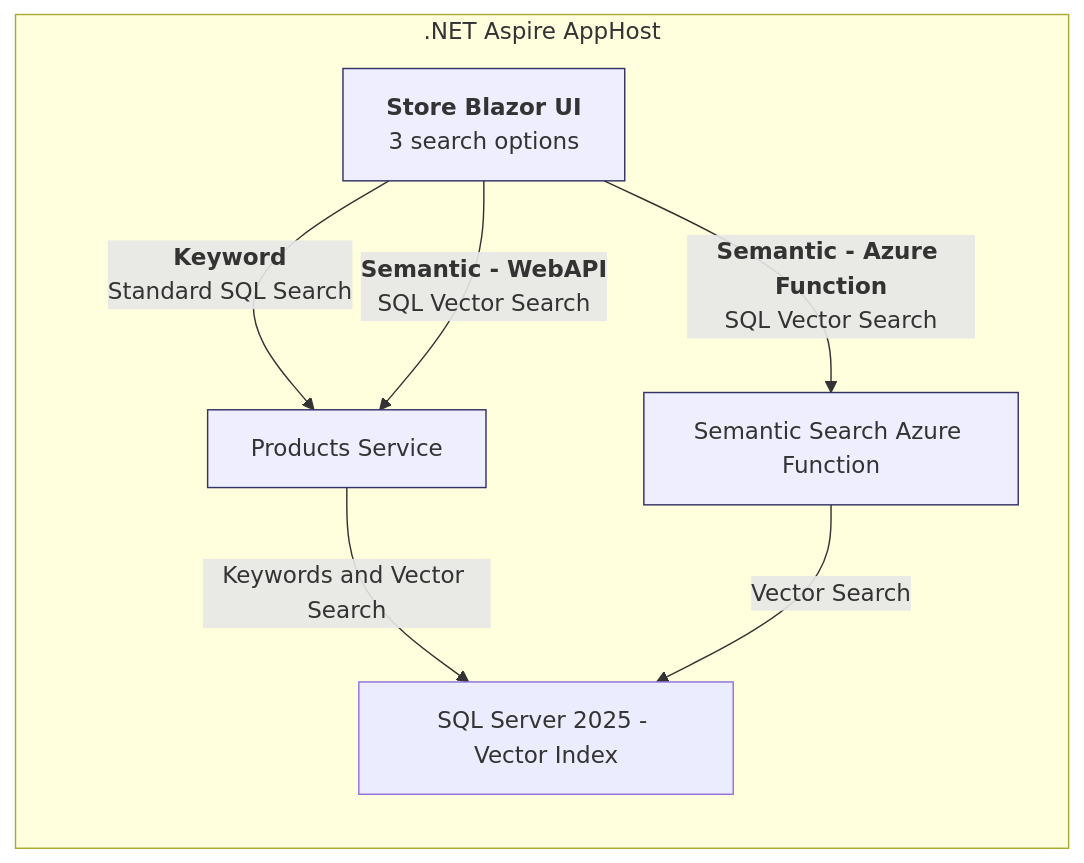
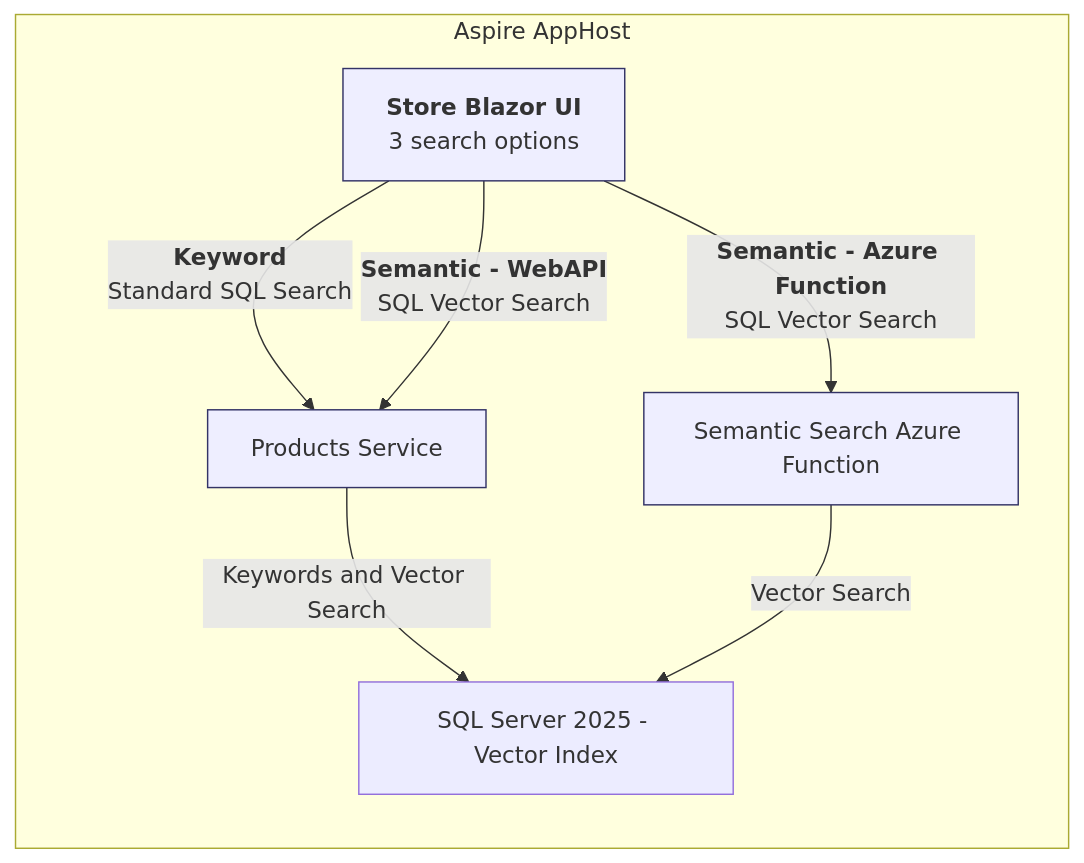
One commit to Azure-Samples/eShopLite changed the first of 2 diagrams in scenarios/12-AzureFunctions/README.md. Above: the diagram before and after it, drawn with Mermaid. The commit also changed other lines of this file and 60 other files, not shown here.

````diff
--- a/scenarios/12-AzureFunctions/README.md
+++ b/scenarios/12-AzureFunctions/README.md
@@ -46,18 +46,18 @@
 ```mermaid
 flowchart LR
-     subgraph AppHost[.NET Aspire AppHost]
+     subgraph AppHost[Aspire AppHost]
           Store[<b>Store Blazor UI</b><br>3 search options]
           Products[Products Service]
           SemanticFn[Semantic Search Azure Function]
           SQL[SQL Server 2025 - Vector Index]
      end
 
      Store -->|<b>Keyword</b><br>Standard SQL Search| Products
      Store -->|<b>Semantic - WebAPI</b><br>SQL Vector Search| Products
      Store -->|<b>Semantic - Azure Function</b><br>SQL Vector Search| SemanticFn
      Products -->|Keywords and Vector Search| SQL
      SemanticFn -->|Vector Search| SQL
 
      classDef svc fill:#eef,stroke:#336;
      class Store,Products,SemanticFn svc;
 ```
````
